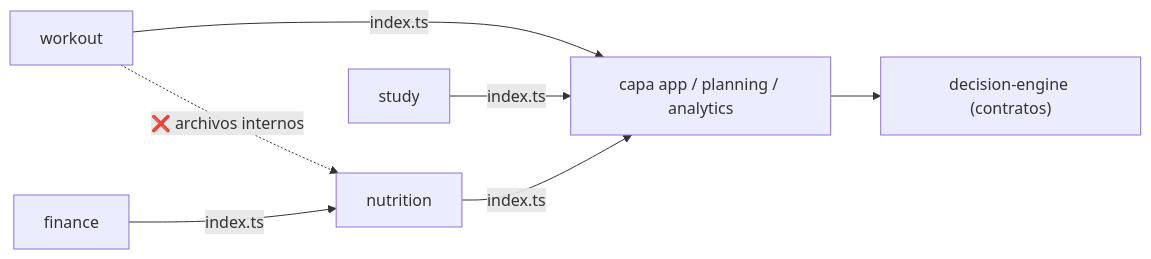
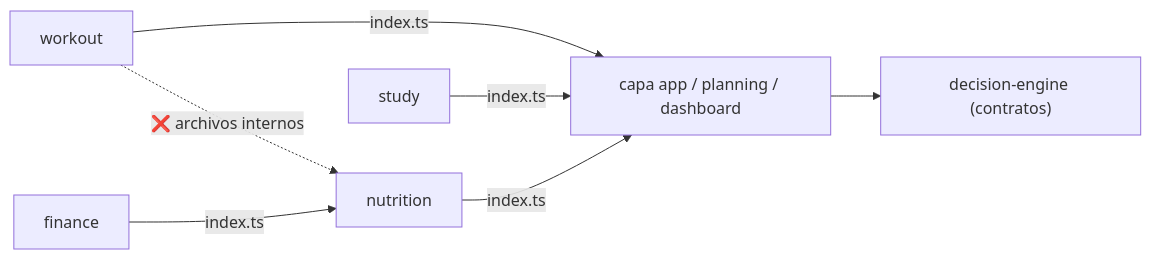
The third of 3 diagrams in docs/02-arquitectura.md (ccamilomc/nexus), drawn with Mermaid before and after one commit. The commit also changed other lines of this file and 7 other files, not shown here.

````diff
--- a/docs/02-arquitectura.md
+++ b/docs/02-arquitectura.md
@@ -92,9 +92,9 @@
 ```mermaid
 flowchart LR
-    W["workout"] -->|index.ts| APP["capa app / planning / analytics"]
+    W["workout"] -->|index.ts| APP["capa app / planning / dashboard"]
     N["nutrition"] -->|index.ts| APP
     S["study"] -->|index.ts| APP
     APP --> E["decision-engine (contratos)"]
     F["finance"] -->|index.ts| N
     W -.->|❌ archivos internos| N
 ```
````
